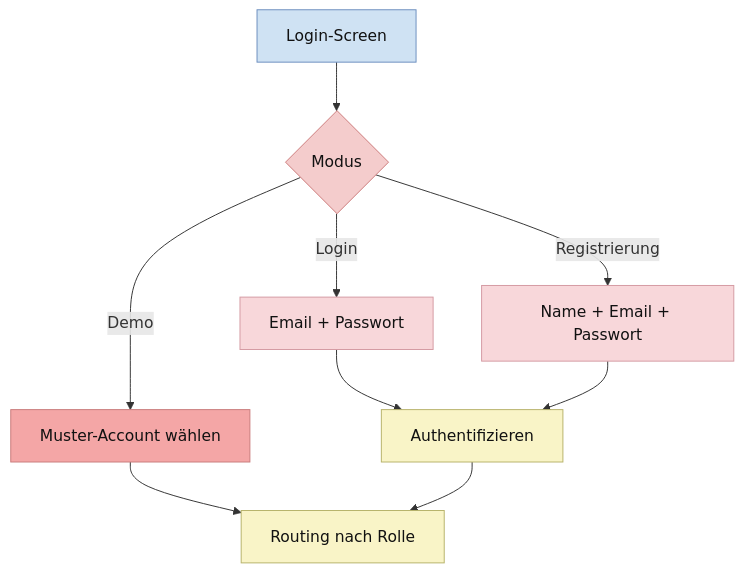
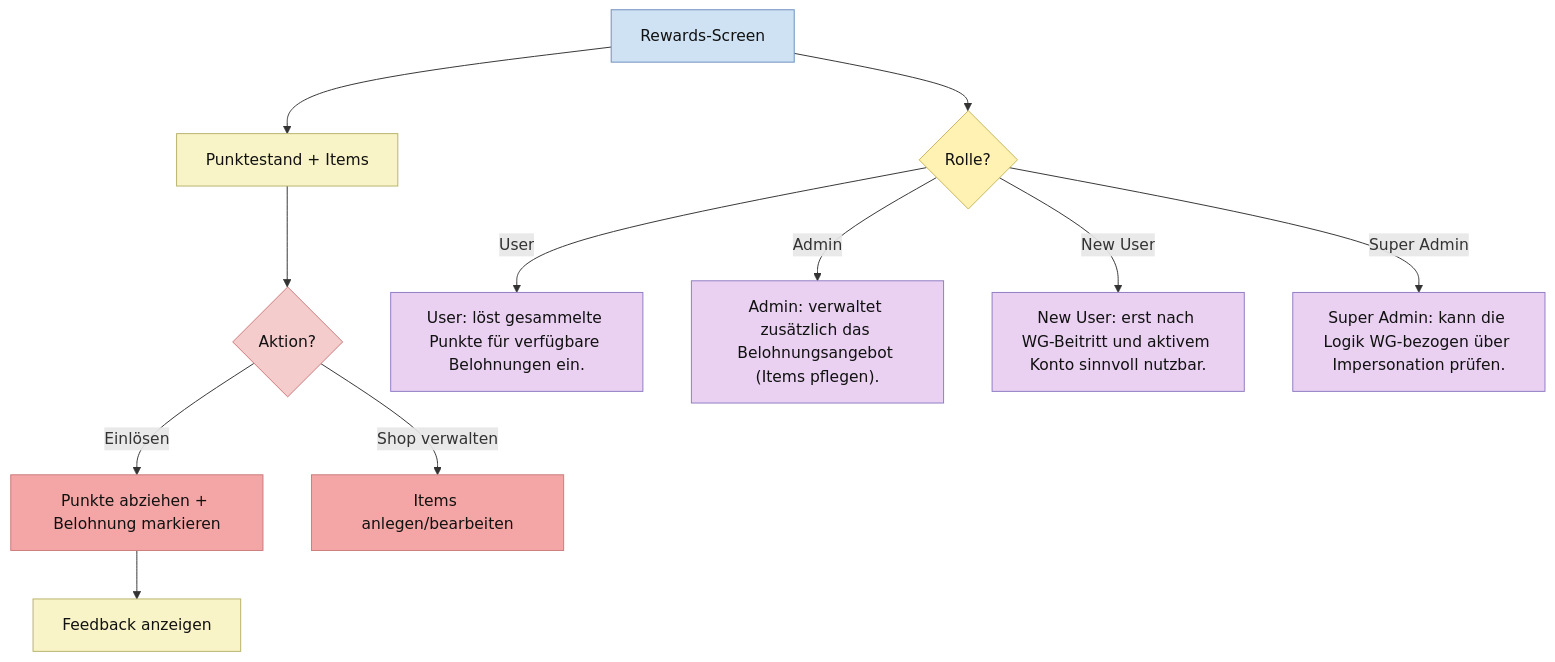
Diagram 14 of 27 in ABLAUFDIAGRAMM.md (Nejy190501/WGManager), drawn with Mermaid before and after one commit. The commit also changed other lines of this file, not shown here.

````diff
--- a/ABLAUFDIAGRAMM.md
+++ b/ABLAUFDIAGRAMM.md
@@ -520,25 +724,34 @@
 ```mermaid
 flowchart TD
-    A["Login-Screen"] --> B{"Modus"}
-    B -->|Login| C["Email + Passwort"]
-    B -->|Registrierung| D["Name + Email + Passwort"]
-    B -->|Demo| E["Muster-Account wählen"]
-    C --> F["Authentifizieren"]
-    D --> F
-    E --> G["Routing nach Rolle"]
-    F --> G
+    A["Rewards-Screen"] --> B["Punktestand + Items"]
+    B --> C{"Aktion?"}
+    C -->|Einlösen| D["Punkte abziehen + Belohnung markieren"]
+    C -->|Shop verwalten| E["Items anlegen/bearbeiten"]
+    D --> F["Feedback anzeigen"]
+
+
+    A --> RLQ{"Rolle?"}
+    RLU["User: löst gesammelte Punkte für verfügbare Belohnungen ein."]
+    RLA["Admin: verwaltet zusätzlich das Belohnungsangebot (Items pflegen)."]
+    RLN["New User: erst nach WG-Beitritt und aktivem Konto sinnvoll nutzbar."]
+    RLS["Super Admin: kann die Logik WG-bezogen über Impersonation prüfen."]
+    RLQ -->|User| RLU
+    RLQ -->|Admin| RLA
+    RLQ -->|New User| RLN
+    RLQ -->|Super Admin| RLS
 
     classDef userAction fill:#ead1f2,stroke:#8e7cc3,color:#111;
     classDef systemAction fill:#f9f4c7,stroke:#b7b26a,color:#111;
     classDef userDecision fill:#f4cccc,stroke:#cc7a7a,color:#111;
     classDef systemDecision fill:#fff2b2,stroke:#c9b458,color:#111;
     classDef button fill:#f4a6a6,stroke:#c97b7b,color:#111;
     classDef userInput fill:#f8d7da,stroke:#d49aa2,color:#111;
     classDef screen fill:#cfe2f3,stroke:#6c8ebf,color:#111;
 
-    class F,G systemAction;
-    class B userDecision;
-    class E button;
-    class C,D userInput;
+    class B,F systemAction;
+    class C userDecision;
+    class D,E button;
     class A screen;
+    class RLQ systemDecision;
+    class RLU,RLA,RLN,RLS userAction;
 ```
````
